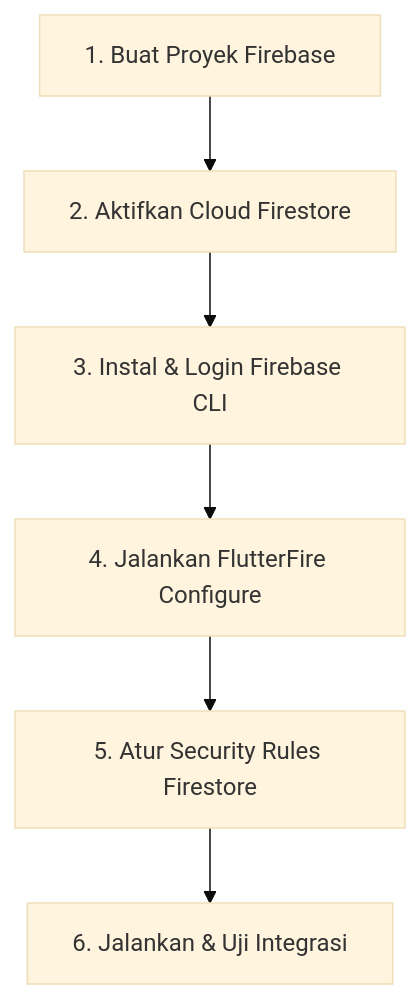
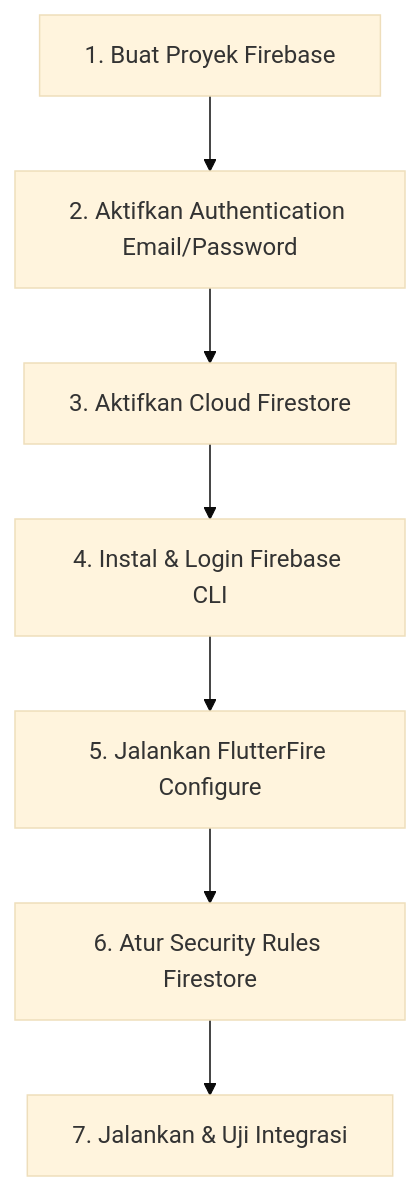
Before and after one commit to aldosebastian1/projectku-app: the diagram in documentation/PANDUAN_SETUP_FIREBASE.md, drawn with Mermaid (base theme). The commit also changed other lines of this file, not shown here.

Commit message:
Perbarui panduan setup Firebase: sesuaikan langkah-langkah untuk autentikasi Email/Password dan perbaiki alur integrasi Cloud Firestore

````diff
--- a/documentation/PANDUAN_SETUP_FIREBASE.md
+++ b/documentation/PANDUAN_SETUP_FIREBASE.md
@@ -18,8 +18,9 @@
 ```mermaid
 graph TD
-    A[1. Buat Proyek Firebase] --> B[2. Aktifkan Cloud Firestore]
-    B --> C[3. Instal & Login Firebase CLI]
-    C --> D[4. Jalankan FlutterFire Configure]
-    D --> E[5. Atur Security Rules Firestore]
-    E --> F[6. Jalankan & Uji Integrasi]
+    A[1. Buat Proyek Firebase] --> B[2. Aktifkan Authentication Email/Password]
+    B --> C[3. Aktifkan Cloud Firestore]
+    C --> D[4. Instal & Login Firebase CLI]
+    D --> E[5. Jalankan FlutterFire Configure]
+    E --> F[6. Atur Security Rules Firestore]
+    F --> G[7. Jalankan & Uji Integrasi]
 ```
````
